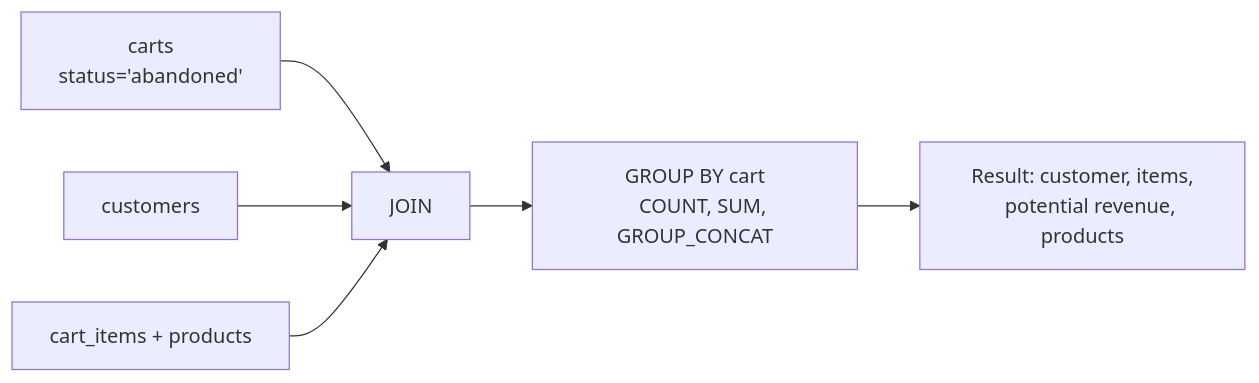
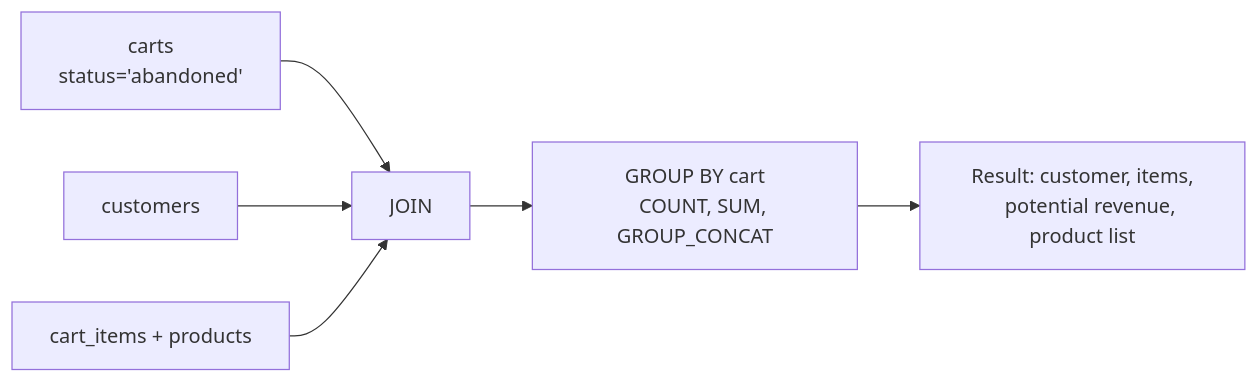
Before and after one commit to civilian7/sql-tutorial: the first of 18 diagrams in docs/en/schema/views.md, drawn with Mermaid. The commit also changed other lines of this file and 121 other files, not shown here.

````diff
--- a/docs/en/schema/views.md
+++ b/docs/en/schema/views.md
@@ -53,11 +68,11 @@
 ```mermaid
 flowchart LR
     A["carts
     status='abandoned'"] --> D["JOIN"]
     B["customers"] --> D
     C["cart_items + products"] --> D
     D --> E["GROUP BY cart
     COUNT, SUM, GROUP_CONCAT"]
     E --> F["Result: customer, items,
-    potential revenue, products"]
+    potential revenue, product list"]
 ```
````
